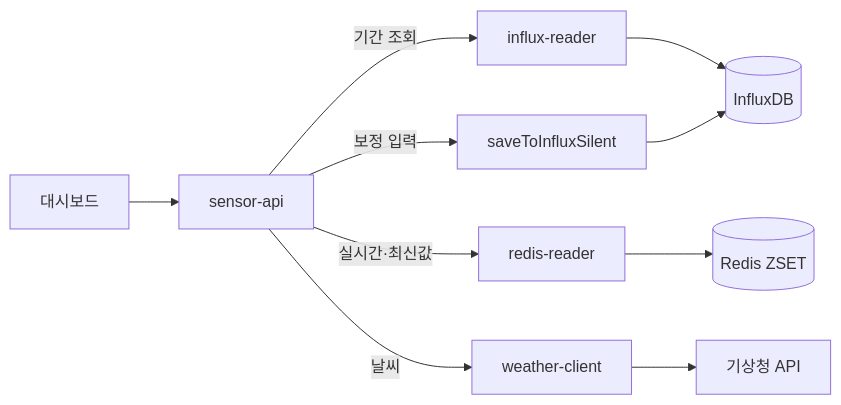
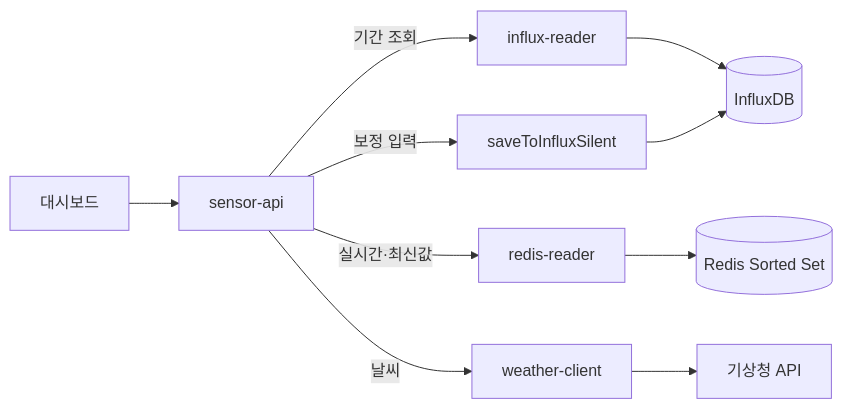
Before and after one commit to inbm-company/geoverse--: the first of 3 diagrams in server/undefined-1.md, drawn with Mermaid. The commit also changed other lines of this file and 4 other files, not shown here.

````diff
--- a/server/undefined-1.md
+++ b/server/undefined-1.md
@@ -11,8 +26,8 @@
 ```mermaid
 flowchart LR
     C["대시보드"] --> API["sensor-api"]
     API -->|기간 조회| IR["influx-reader"] --> INF[("InfluxDB")]
-    API -->|실시간·최신값| RR["redis-reader"] --> RD[("Redis ZSET")]
+    API -->|실시간·최신값| RR["redis-reader"] --> RD[("Redis Sorted Set")]
     API -->|보정 입력| IW["saveToInfluxSilent"] --> INF
     API -->|날씨| WC["weather-client"] --> KMA["기상청 API"]
 ```
````
